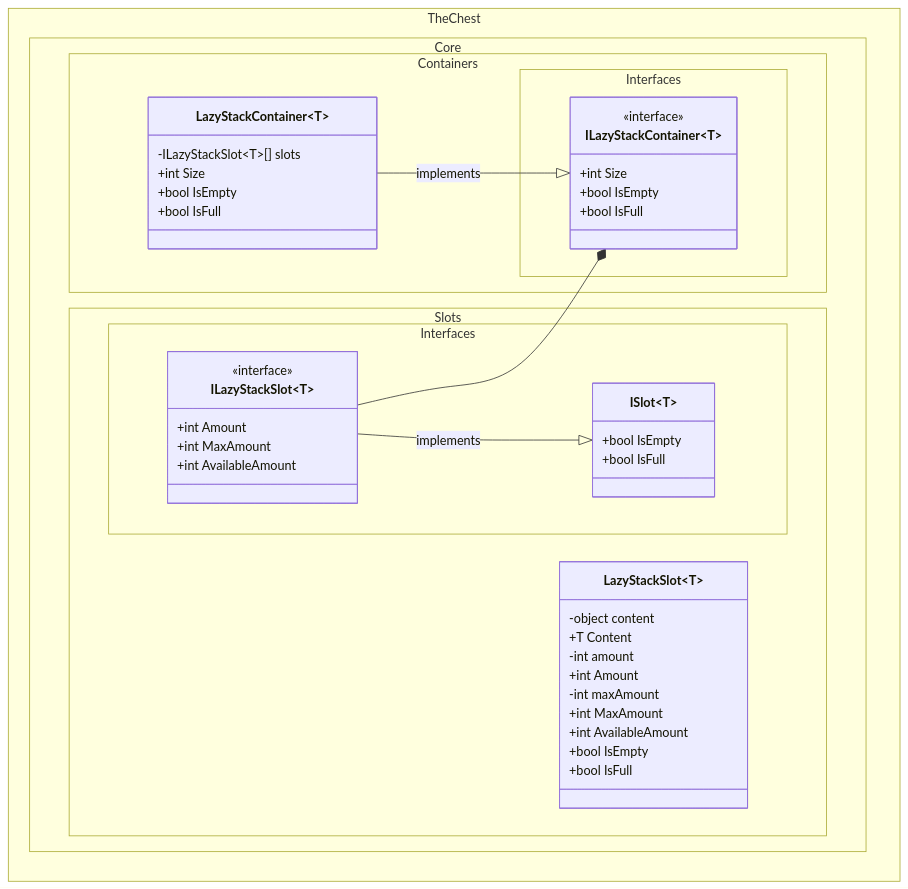
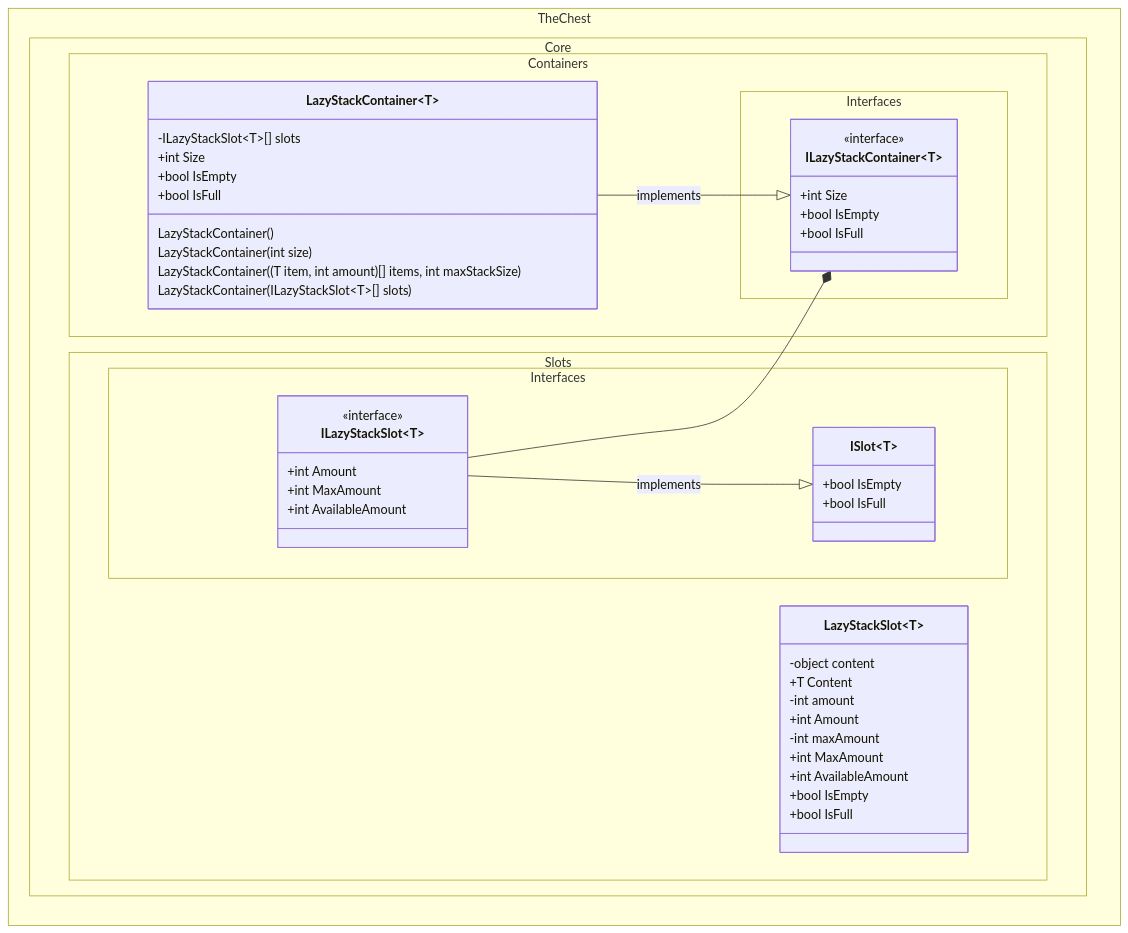
Before and after one commit to The-Chest/TheChest.Core: the third of 3 diagrams in docs/class_diagram.md, drawn with Mermaid. The commit also changed other lines of this file and 9 other files, not shown here.

````diff
--- a/docs/class_diagram.md
+++ b/docs/class_diagram.md
@@ -137,58 +160,64 @@
 ```mermaid
 ---
 config:
   theme: mc
   look: classic
   class:
     hideEmptyMembersBox: true
 ---
 classDiagram
 direction BT
 	namespace TheChest.Core.Containers.Interfaces {
 		class ILazyStackContainer~T~ {
 	        +int Size
 	        +bool IsEmpty
 	        +bool IsFull
         }
 	}
 	namespace TheChest.Core.Slots.Interfaces {
         class ISlot~T~ {
 	        +bool IsEmpty
 	        +bool IsFull
         }
         class ILazyStackSlot~T~ {
 			+int Amount
             +int MaxAmount
             +int AvailableAmount
         }
 	}
 	namespace TheChest.Core.Containers {
 		class LazyStackContainer~T~ {
 			-ILazyStackSlot~T~[] slots
+
+			LazyStackContainer()
+			LazyStackContainer(int size)
+			LazyStackContainer((T item, int amount)[] items, int maxStackSize)
+			LazyStackContainer(ILazyStackSlot~T~[] slots)
+
 			+int Size
 			+bool IsEmpty
 			+bool IsFull
         }
 	}
 
 	namespace TheChest.Core.Slots {
 		class LazyStackSlot~T~{
 			-object content
 			+T Content
 			-int amount            
 			+int Amount
 			-int maxAmount
 			+int MaxAmount
             +int AvailableAmount
 			+bool IsEmpty
 			+bool IsFull
 		}
 	}
 
 	<<interface>> ILazyStackContainer
     <<interface>> ILazyStackSlot
 
     LazyStackContainer --|> ILazyStackContainer : implements
     ILazyStackSlot --|> ISlot : implements
     ILazyStackSlot --* ILazyStackContainer
 ```
````
